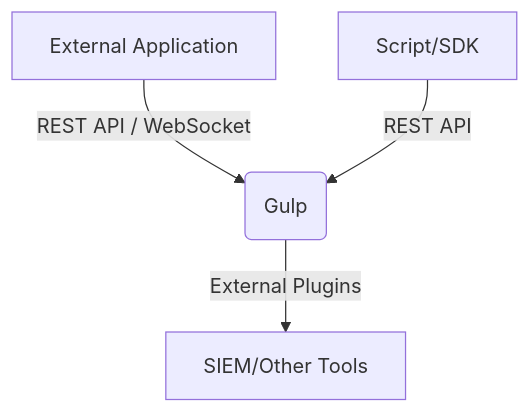
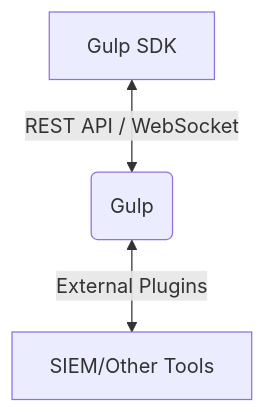
The second of 2 diagrams in DATASHEET.md (mentat-is/gulp), drawn with Mermaid before and after one commit. The commit also changed other lines of this file, not shown here.

````diff
--- a/DATASHEET.md
+++ b/DATASHEET.md
@@ -100,6 +102,5 @@
 ```mermaid
 graph TD
-    A[External Application] -- REST API / WebSocket --> B(Gulp)
-    B -- External Plugins --> C[SIEM/Other Tools]
-    D[Script/SDK] -- REST API --> B
+    A[Gulp SDK] <-- REST API / WebSocket --> B(Gulp)
+    B -- External Plugins <--> C[SIEM/Other Tools]
 ```
````
